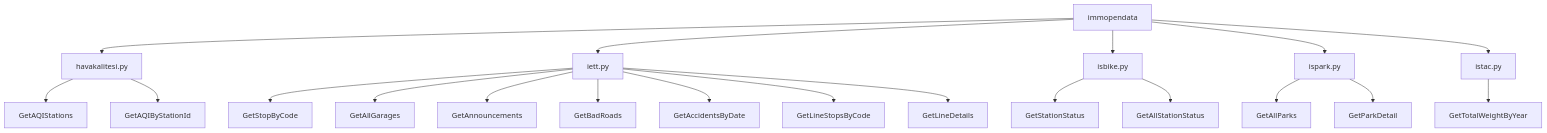
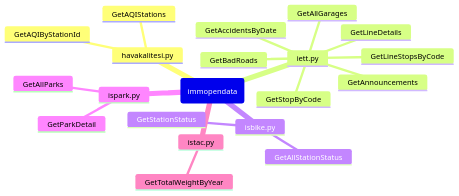
Before and after one commit to gokdumano/imm_open_data: the diagram in README.md, drawn with Mermaid. The commit also changed other lines of this file, not shown here.

````diff
--- a/README.md
+++ b/README.md
@@ -9,22 +9,24 @@
 ```mermaid
-graph TD;
-    immopendata-->havakalitesi.py;
-    immopendata-->iett.py;
-    immopendata-->isbike.py;
-    immopendata-->ispark.py;
-    immopendata-->istac.py;
-    havakalitesi.py-->GetAQIStations;
-    havakalitesi.py-->GetAQIByStationId;
-    iett.py-->GetStopByCode;
-    iett.py-->GetAllGarages;
-    iett.py-->GetAnnouncements;
-    iett.py-->GetBadRoads;
-    iett.py-->GetAccidentsByDate;
-    iett.py-->GetLineStopsByCode;
-    iett.py-->GetLineDetails;
-    isbike.py-->GetStationStatus;
-    isbike.py-->GetAllStationStatus;
-    ispark.py-->GetAllParks;
-    ispark.py-->GetParkDetail;
-    istac.py-->GetTotalWeightByYear;
+mindmap
+  root(immopendata)
+    havakalitesi.py
+    
+        GetAQIStations
+        GetAQIByStationId
+    iett.py
+        GetStopByCode
+        GetAllGarages
+        GetAnnouncements
+        GetBadRoads
+        GetAccidentsByDate
+        GetLineStopsByCode
+        GetLineDetails
+    isbike.py
+        GetStationStatus
+        GetAllStationStatus
+    ispark.py
+        GetAllParks
+        GetParkDetail
+    istac.py
+        GetTotalWeightByYear
 ```
````
